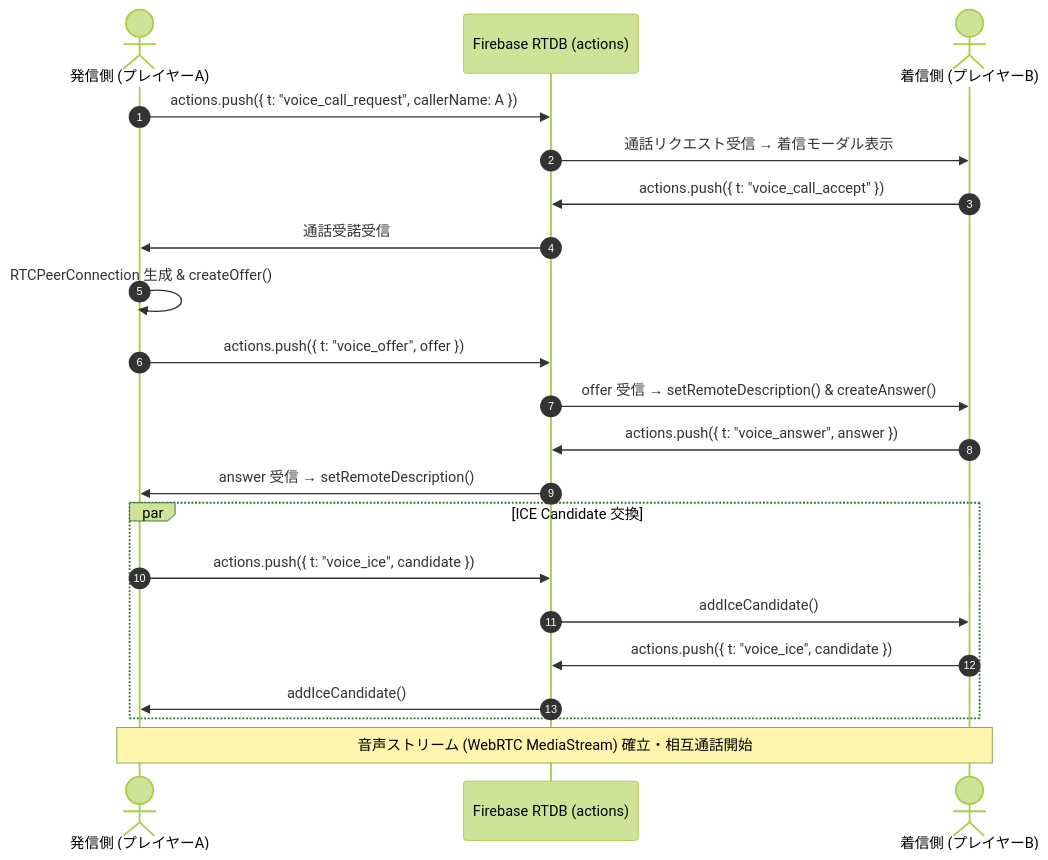
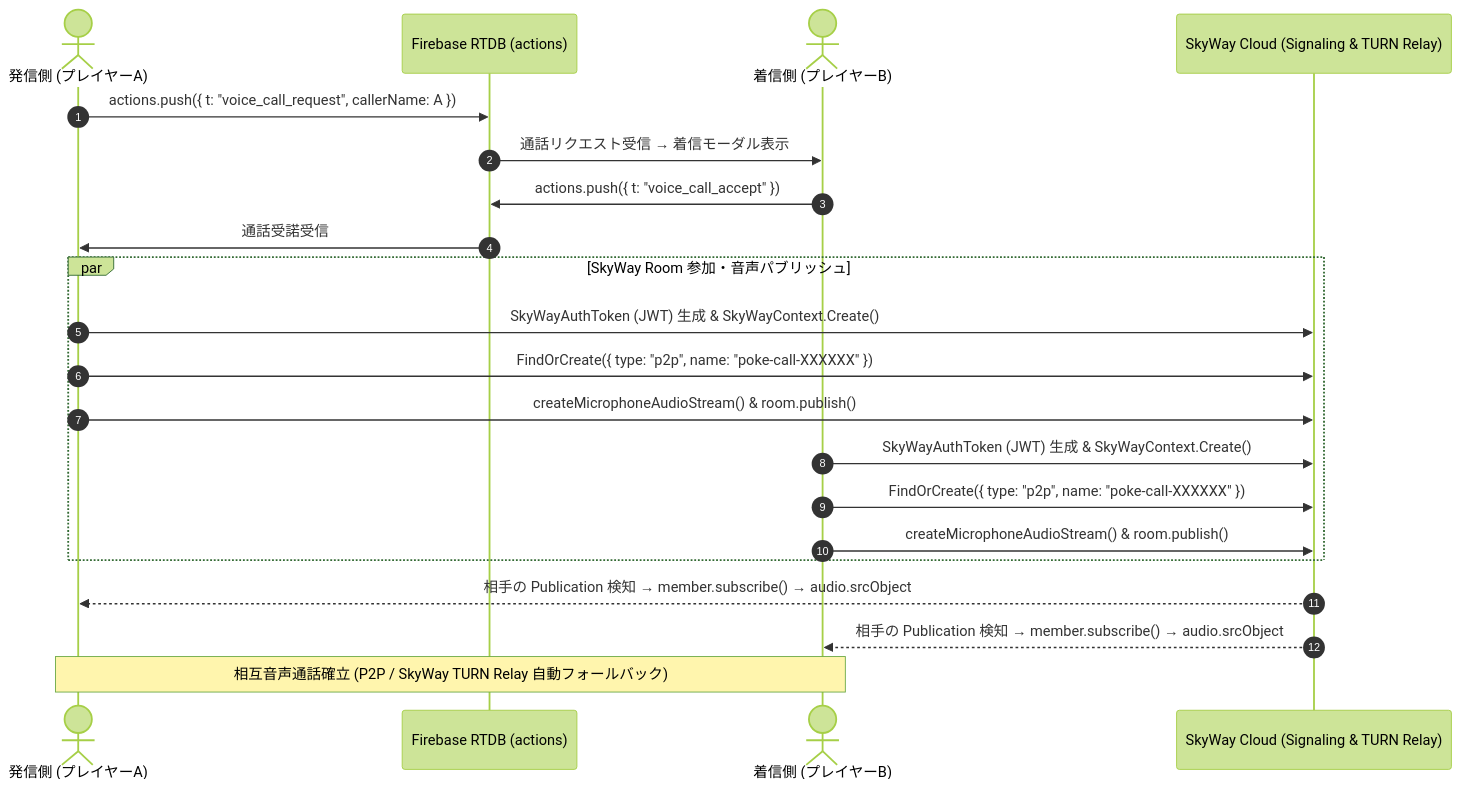
Before and after one commit to pokeca-lab/poketaisenn: the sixth of 6 diagrams in doc/design.md, drawn with Mermaid (forest theme). The commit also changed other lines of this file and 4 other files, not shown here.

Commit message:
feat(voice): integrate SkyWay WebRTC Room SDK for guaranteed NAT/firewall voice calls

````diff
--- a/doc/design.md
+++ b/doc/design.md
@@ -542,27 +543,27 @@
 ```mermaid
 sequenceDiagram
     autonumber
     actor Caller as 発信側 (プレイヤーA)
     participant RTDB as Firebase RTDB (actions)
     actor Callee as 着信側 (プレイヤーB)
+    participant SkyWay as SkyWay Cloud (Signaling & TURN Relay)
 
     Caller->>RTDB: actions.push({ t: "voice_call_request", callerName: A })
     RTDB->>Callee: 通話リクエスト受信 → 着信モーダル表示
     Callee->>RTDB: actions.push({ t: "voice_call_accept" })
     RTDB->>Caller: 通話受諾受信
-    
-    Caller->>Caller: RTCPeerConnection 生成 & createOffer()
-    Caller->>RTDB: actions.push({ t: "voice_offer", offer })
-    RTDB->>Callee: offer 受信 → setRemoteDescription() & createAnswer()
-    Callee->>RTDB: actions.push({ t: "voice_answer", answer })
-    RTDB->>Caller: answer 受信 → setRemoteDescription()
-    
-    par ICE Candidate 交換
-        Caller->>RTDB: actions.push({ t: "voice_ice", candidate })
-        RTDB->>Callee: addIceCandidate()
-        Callee->>RTDB: actions.push({ t: "voice_ice", candidate })
-        RTDB->>Caller: addIceCandidate()
+
+    par SkyWay Room 参加・音声パブリッシュ
+        Caller->>SkyWay: SkyWayAuthToken (JWT) 生成 & SkyWayContext.Create()
+        Caller->>SkyWay: FindOrCreate({ type: "p2p", name: "poke-call-XXXXXX" })
+        Caller->>SkyWay: createMicrophoneAudioStream() & room.publish()
+        Callee->>SkyWay: SkyWayAuthToken (JWT) 生成 & SkyWayContext.Create()
+        Callee->>SkyWay: FindOrCreate({ type: "p2p", name: "poke-call-XXXXXX" })
+        Callee->>SkyWay: createMicrophoneAudioStream() & room.publish()
     end
-    
-    Note over Caller,Callee: 音声ストリーム (WebRTC MediaStream) 確立・相互通話開始
+
+    SkyWay-->>Caller: 相手の Publication 検知 → member.subscribe() → audio.srcObject
+    SkyWay-->>Callee: 相手の Publication 検知 → member.subscribe() → audio.srcObject
+
+    Note over Caller,Callee: 相互音声通話確立 (P2P / SkyWay TURN Relay 自動フォールバック)
 ```
````
